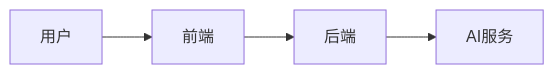
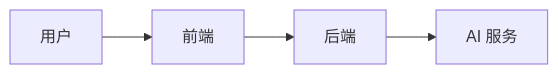
The diagram in docs/standards/documentation.md (ln-one/Spectra), drawn with Mermaid before and after one commit. The commit also changed other lines of this file and 104 other files, not shown here.

````diff
--- a/docs/standards/documentation.md
+++ b/docs/standards/documentation.md
@@ -30,6 +26,6 @@
 ```mermaid
-graph LR
-    A[用户] --> B[前端]
-    B --> C[后端]
-    C --> D[AI服务]
+flowchart LR
+ A["用户"] --> B["前端"]
+ B --> C["后端"]
+ C --> D["AI 服务"]
 ```
````
